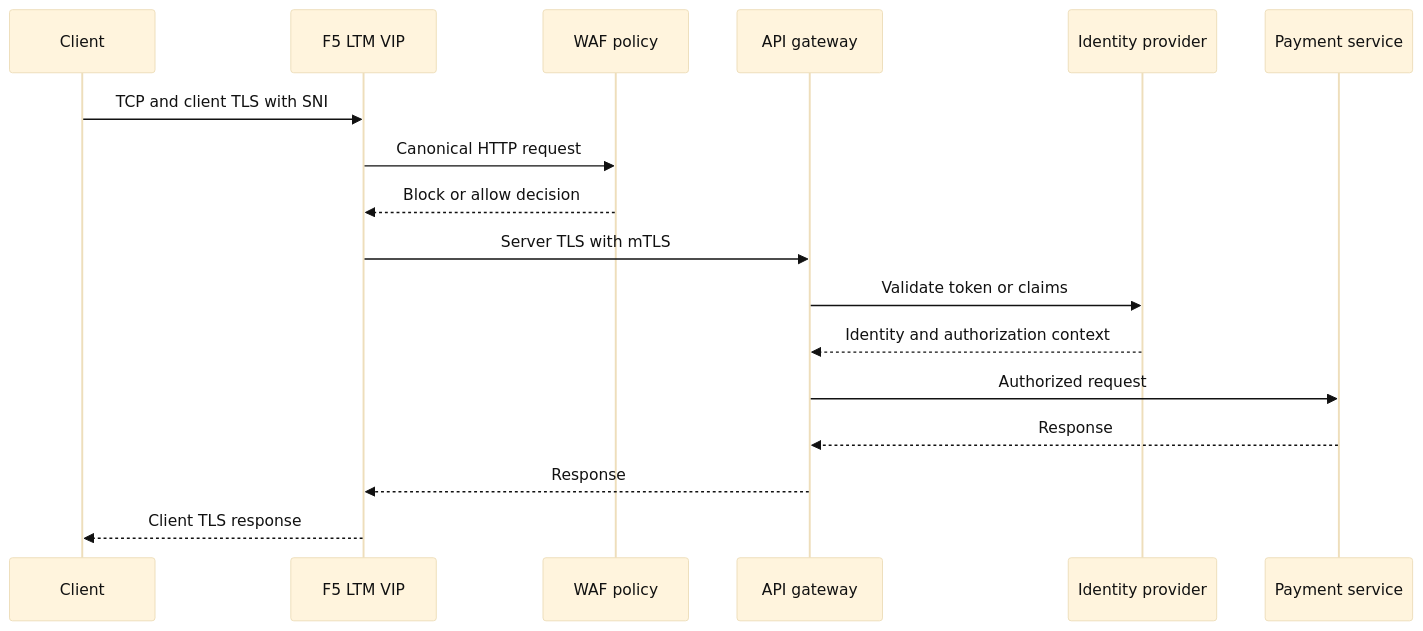
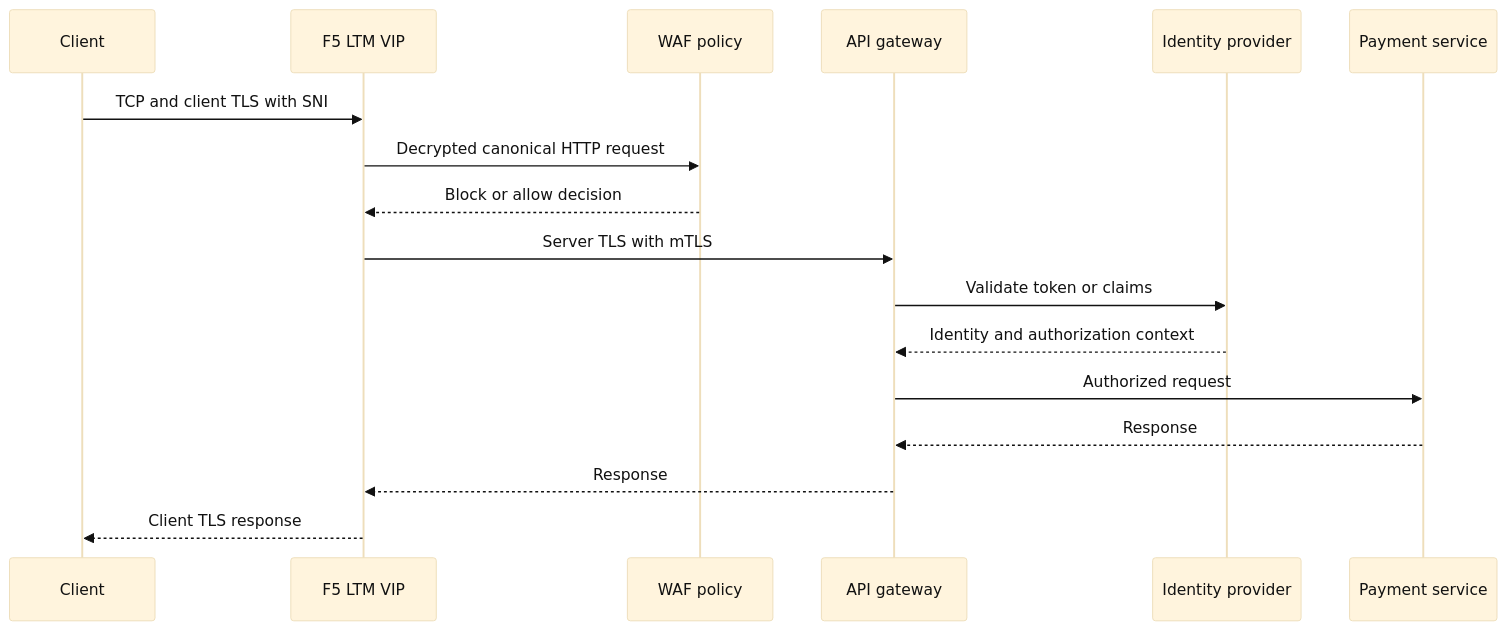
The second of 2 diagrams in book/17-network-security-waf-zero-trust.md (souradeepta/networking-primer), drawn with Mermaid before and after one commit. The commit also changed other lines of this file and 62 other files, not shown here.

````diff
--- a/book/17-network-security-waf-zero-trust.md
+++ b/book/17-network-security-waf-zero-trust.md
@@ -255,20 +257,20 @@
 ```mermaid
 %%{init: {"theme": "base", "themeVariables": {"background": "#ffffff", "primaryTextColor": "#111111", "lineColor": "#333333"}}}%%
 sequenceDiagram
     participant C as Client
     participant L as F5 LTM VIP
     participant W as WAF policy
     participant G as API gateway
     participant I as Identity provider
     participant P as Payment service
     C->>L: TCP and client TLS with SNI
-    L->>W: Canonical HTTP request
+    L->>W: Decrypted canonical HTTP request
     W-->>L: Block or allow decision
     L->>G: Server TLS with mTLS
     G->>I: Validate token or claims
     I-->>G: Identity and authorization context
     G->>P: Authorized request
     P-->>G: Response
     G-->>L: Response
     L-->>C: Client TLS response
 ```
````
